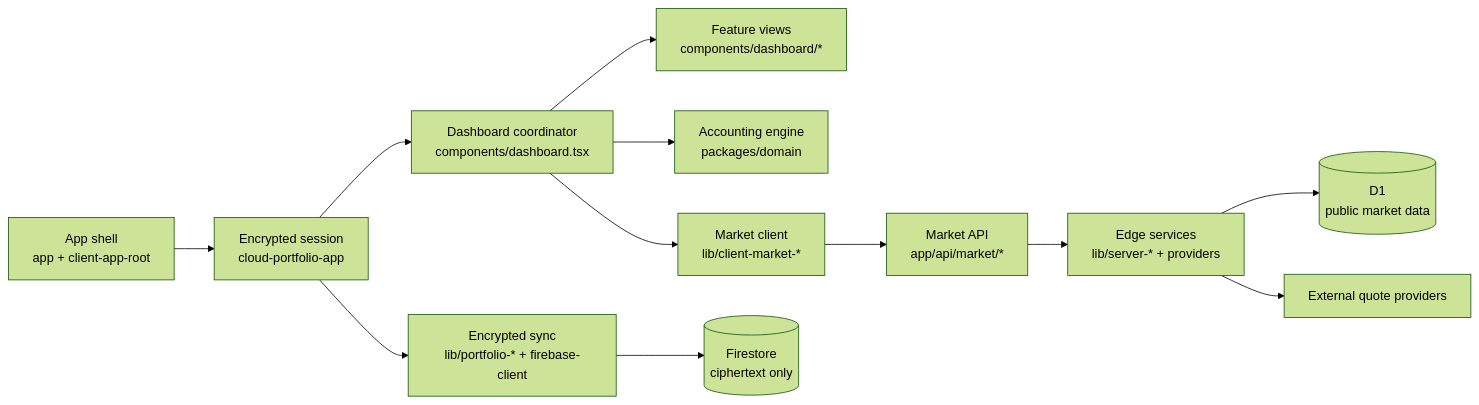
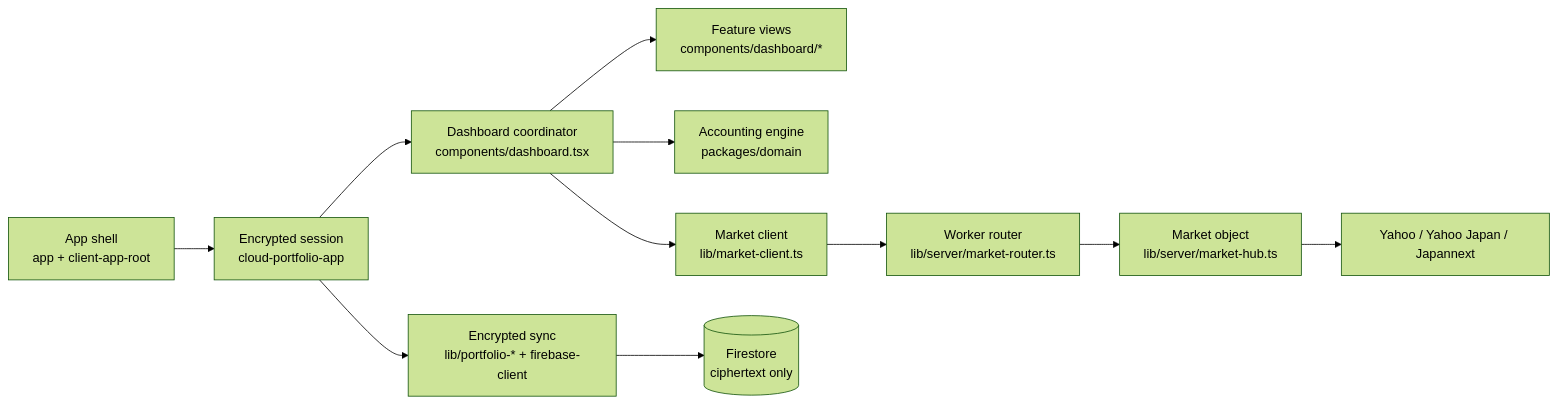
The diagram in docs/path-and-nodes.md (SotaYanagisawa/kabutora), drawn with Mermaid (forest theme) before and after one commit. The commit also changed other lines of this file and 145 other files, not shown here.

First line of the commit message:
perf(market): replace queue/coordinator pipeline with one on-demand market object

````diff
--- a/docs/path-and-nodes.md
+++ b/docs/path-and-nodes.md
@@ -7,14 +7,13 @@
 ```mermaid
 flowchart LR
     Shell["App shell\napp + client-app-root"] --> Session["Encrypted session\ncloud-portfolio-app"]
     Session --> Dashboard["Dashboard coordinator\ncomponents/dashboard.tsx"]
     Dashboard --> Views["Feature views\ncomponents/dashboard/*"]
     Dashboard --> Domain["Accounting engine\npackages/domain"]
     Session --> Sync["Encrypted sync\nlib/portfolio-* + firebase-client"]
     Sync --> Firestore[("Firestore\nciphertext only")]
-    Dashboard --> MarketClient["Market client\nlib/client-market-*"]
-    MarketClient --> Routes["Market API\napp/api/market/*"]
-    Routes --> Edge["Edge services\nlib/server-* + providers"]
-    Edge --> D1[("D1\npublic market data")]
-    Edge --> Providers["External quote providers"]
+    Dashboard --> MarketClient["Market client\nlib/market-client.ts"]
+    MarketClient --> Router["Worker router\nlib/server/market-router.ts"]
+    Router --> Hub["Market object\nlib/server/market-hub.ts"]
+    Hub --> Providers["Yahoo / Yahoo Japan / Japannext"]
 ```
````
